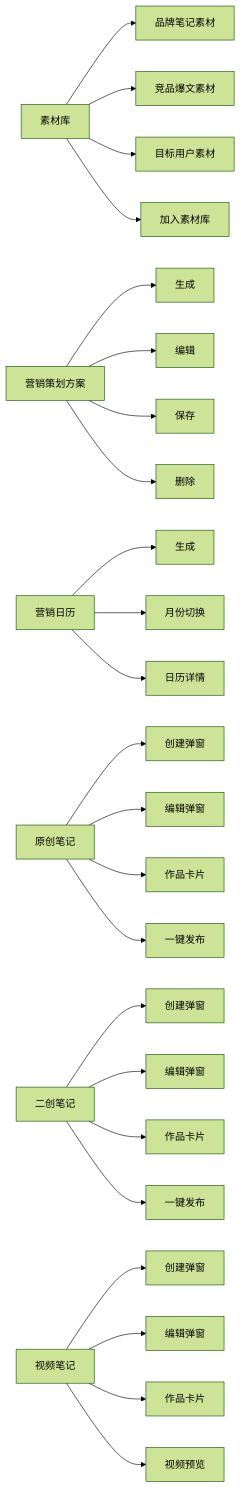
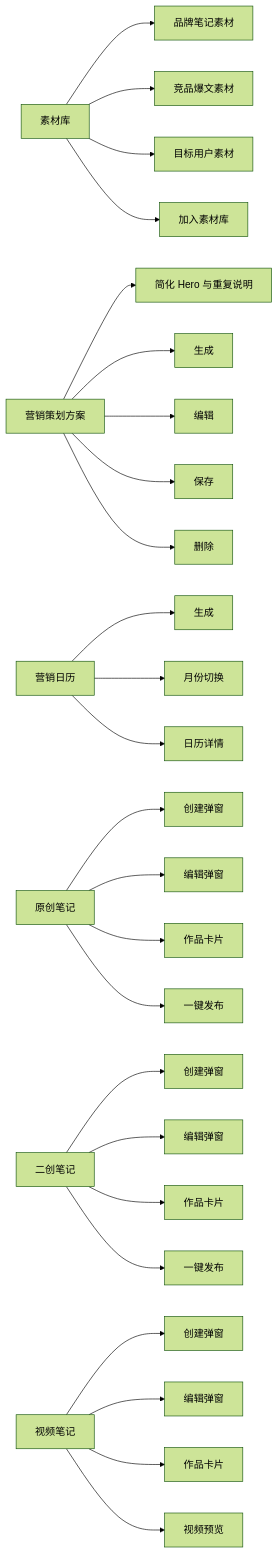
Before and after one commit to Depthukesh/ai-omni-ops-system: the sixth of 11 diagrams in docs/site-map-mermaid.md, drawn with Mermaid (forest theme). The commit also changed other lines of this file and 13 other files, not shown here.

````diff
--- a/docs/site-map-mermaid.md
+++ b/docs/site-map-mermaid.md
@@ -250,37 +254,38 @@
 ```mermaid
 flowchart LR
     A["素材库"]
     A --> A1["品牌笔记素材"]
     A --> A2["竞品爆文素材"]
     A --> A3["目标用户素材"]
     A --> A4["加入素材库"]
 
     B["营销策划方案"]
+    B --> B0["简化 Hero 与重复说明"]
     B --> B1["生成"]
     B --> B2["编辑"]
     B --> B3["保存"]
     B --> B4["删除"]
 
     C["营销日历"]
     C --> C1["生成"]
     C --> C2["月份切换"]
     C --> C3["日历详情"]
 
     D["原创笔记"]
     D --> D1["创建弹窗"]
     D --> D2["编辑弹窗"]
     D --> D3["作品卡片"]
     D --> D4["一键发布"]
 
     E["二创笔记"]
     E --> E1["创建弹窗"]
     E --> E2["编辑弹窗"]
     E --> E3["作品卡片"]
     E --> E4["一键发布"]
 
     F["视频笔记"]
     F --> F1["创建弹窗"]
     F --> F2["编辑弹窗"]
     F --> F3["作品卡片"]
     F --> F4["视频预览"]
 ```
````
